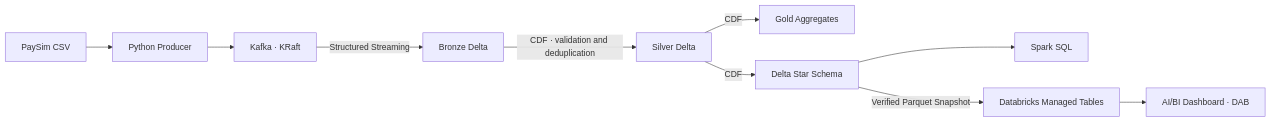
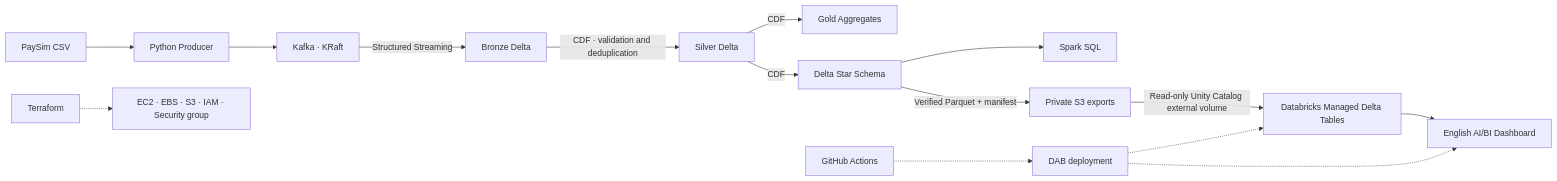
One commit to Cedric-LEBE/PaySim-Lakehouse changed the diagram in README.md. Above: the diagram before and after it, drawn with Mermaid. The commit also changed other lines of this file and 30 other files, not shown here.

````diff
--- a/README.md
+++ b/README.md
@@ -11,12 +11,17 @@
 ```mermaid
 flowchart LR
     CSV[PaySim CSV] --> P[Python Producer]
     P --> K[Kafka · KRaft]
     K -->|Structured Streaming| B[Bronze Delta]
     B -->|CDF · validation and deduplication| S[Silver Delta]
     S -->|CDF| G[Gold Aggregates]
     S -->|CDF| E[Delta Star Schema]
     E --> SQL[Spark SQL]
-    E -->|Verified Parquet Snapshot| DB[Databricks Managed Tables]
-    DB --> BI[AI/BI Dashboard · DAB]
+    E -->|Verified Parquet + manifest| S3[Private S3 exports]
+    S3 -->|Read-only Unity Catalog external volume| DB[Databricks Managed Delta Tables]
+    DB --> BI[English AI/BI Dashboard]
+    TF[Terraform] -.-> AWS[EC2 · EBS · S3 · IAM · Security group]
+    CI[GitHub Actions] -.-> DAB[DAB deployment]
+    DAB -.-> DB
+    DAB -.-> BI
 ```
````
